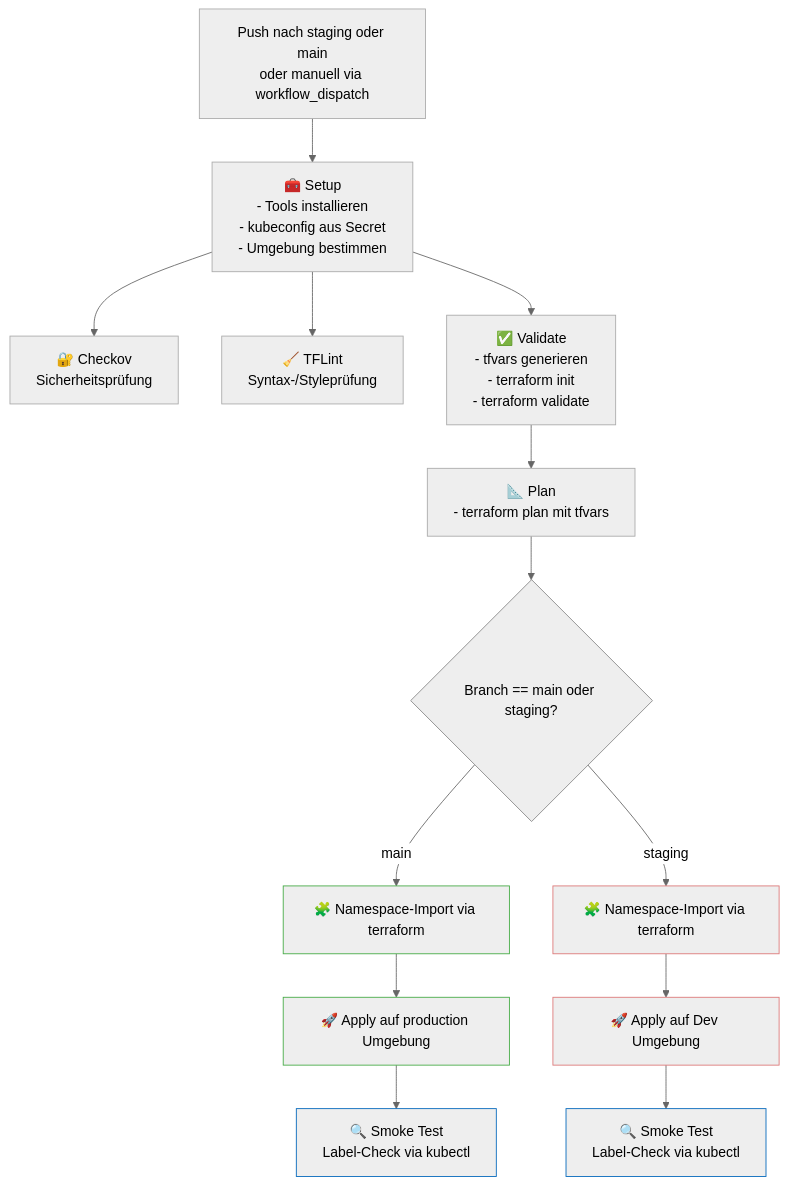
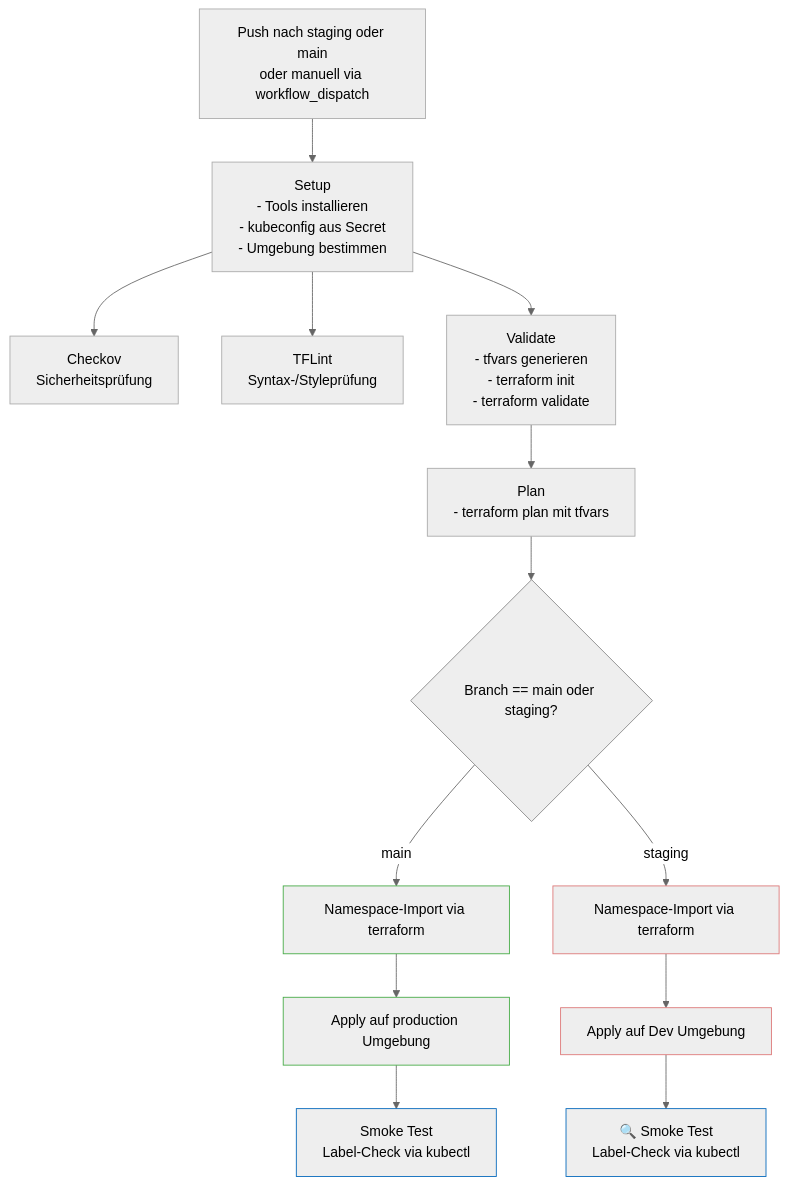
Before and after one commit to ElMed05/iac-cicd-k8s-namespace: the diagram in README.md, drawn with Mermaid (neutral theme). The commit also changed other lines of this file and 1 other file, not shown here.

Commit message:
[27072025]

````diff
--- a/README.md
+++ b/README.md
@@ -43,38 +43,38 @@
 ```mermaid
 
 flowchart TD
-    A[Push nach staging oder main\noder manuell via workflow_dispatch] --> B[🧰 Setup\n- Tools installieren\n- kubeconfig aus Secret\n- Umgebung bestimmen]
+    A[Push nach staging oder main\noder manuell via workflow_dispatch] --> B[ Setup\n- Tools installieren\n- kubeconfig aus Secret\n- Umgebung bestimmen]
     
 
-    B --> C[🔐 Checkov\nSicherheitsprüfung]
-    B --> D[🧹 TFLint\nSyntax-/Styleprüfung]
-    B --> E[✅ Validate\n- tfvars generieren\n- terraform init\n- terraform validate]
+    B --> C[ Checkov\nSicherheitsprüfung]
+    B --> D[ TFLint\nSyntax-/Styleprüfung]
+    B --> E[ Validate\n- tfvars generieren\n- terraform init\n- terraform validate]
 
-    E --> F[📐 Plan\n- terraform plan mit tfvars]
+    E --> F[ Plan\n- terraform plan mit tfvars]
 
     F --> G{Branch == main oder staging?}
 
-    G -- main --> H[🧩 Namespace-Import via terraform]
-    H --> I[🚀 Apply auf production Umgebung]
-    I --> K[🔍 Smoke Test\nLabel-Check via kubectl]
+    G -- main --> H[ Namespace-Import via terraform]
+    H --> I[ Apply auf production Umgebung]
+    I --> K[ Smoke Test\nLabel-Check via kubectl]
 
-    G -- staging --> J[ 🧩 Namespace-Import via terraform]
-    J --> R[🚀 Apply auf Dev Umgebung]
+    G -- staging --> J[  Namespace-Import via terraform]
+    J --> R[ Apply auf Dev Umgebung]
 
     R --> L[🔍 Smoke Test\nLabel-Check via kubectl]
 
     style A fill:#,stroke:#aaa
     style B fill:#,stroke:#aaa
     style C fill:#,stroke:#aaa
     style D fill:#,stroke:#aaa
     style E fill:#,stroke:#aaa
     style F fill:#,stroke:#aaa
     style G fill:#,stroke:#888
     style H fill:#,stroke:#4a4
     style I fill:#,stroke:#4a4
     style K fill:#,stroke:#06b
     style J fill:#,stroke:#d77
     style R fill:#,stroke:#d77
     style L fill:#,stroke:#06b
 
 ```
````
